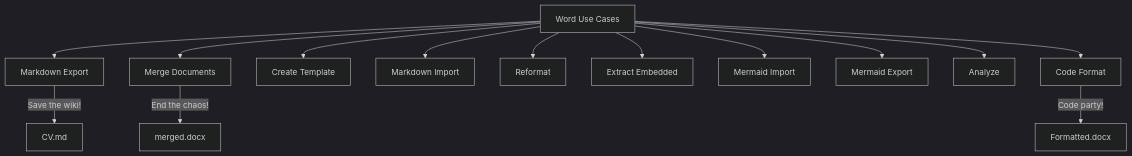
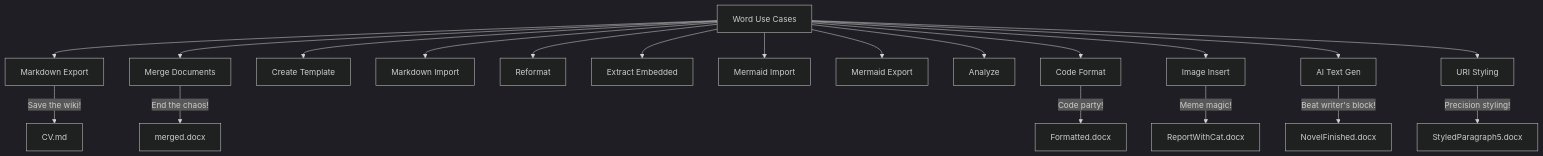
One commit to dvdjg/mcp-office changed the third of 5 diagrams in README.md. Above: the diagram before and after it, drawn with Mermaid (dark theme). The commit also changed other lines of this file and 2 other files, not shown here.

````diff
--- a/README.md
+++ b/README.md
@@ -475,16 +521,22 @@
 ```mermaid
 graph TD
   A[Word Use Cases] --> B[Markdown Export]
   A --> C[Merge Documents]
   A --> D[Create Template]
   A --> E[Markdown Import]
   A --> F[Reformat]
   A --> G[Extract Embedded]
   A --> H[Mermaid Import]
   A --> I[Mermaid Export]
   A --> J[Analyze]
   A --> K[Code Format]
   B -->|Save the wiki!| L[CV.md]
   C -->|End the chaos!| M[merged.docx]
   K -->|Code party!| N[Formatted.docx]
+  A --> O[Image Insert]
+  A --> P[AI Text Gen]
+  A --> Q[URI Styling]
+  O -->|Meme magic!| R[ReportWithCat.docx]
+  P -->|Beat writer's block!| S[NovelFinished.docx]
+  Q -->|Precision styling!| T[StyledParagraph5.docx]
 ```
````
